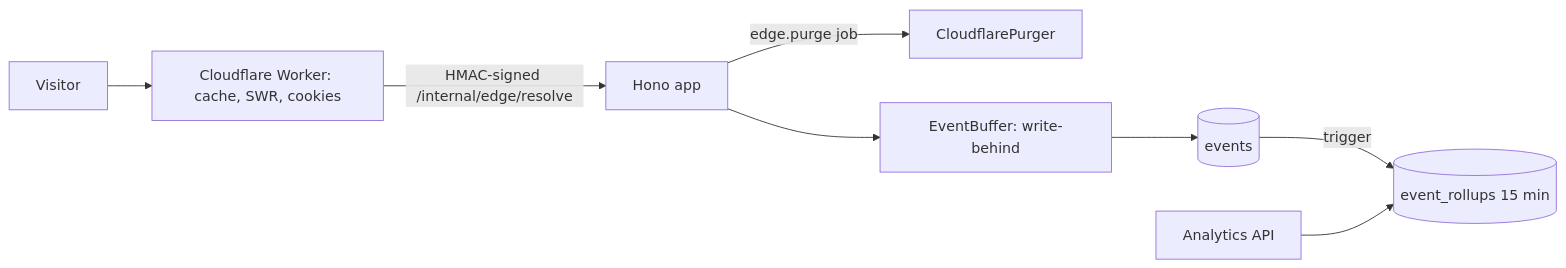
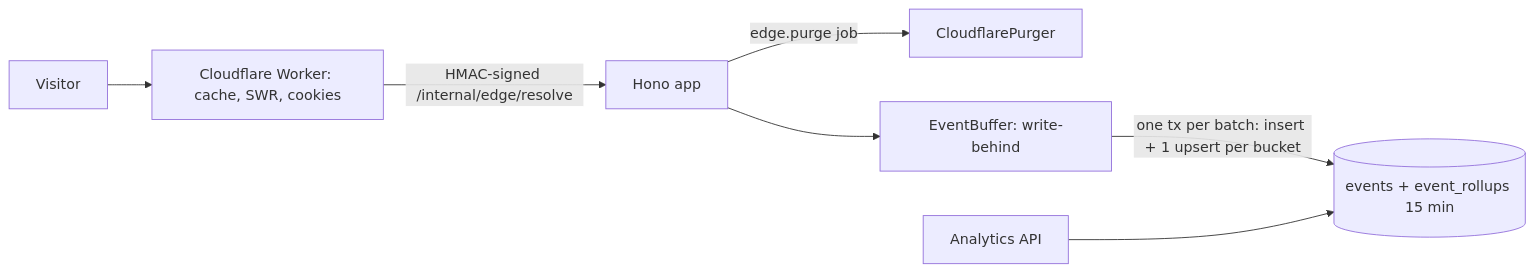
Before and after one commit to VaibhavBansal26/funnels: the tenth of 10 diagrams in docs/ARCHITECTURE.md, drawn with Mermaid. The commit also changed other lines of this file and 98 other files, not shown here.

````diff
--- a/docs/ARCHITECTURE.md
+++ b/docs/ARCHITECTURE.md
@@ -161,8 +188,8 @@
 ```mermaid
 flowchart LR
   V[Visitor] --> W[Cloudflare Worker: cache, SWR, cookies]
   W -->|HMAC-signed /internal/edge/resolve| O[Hono app]
   O -->|edge.purge job| P[CloudflarePurger]
-  O --> B[EventBuffer: write-behind] --> E[(events)] -->|trigger| R[(event_rollups 15 min)]
-  A[Analytics API] --> R
+  O --> B[EventBuffer: write-behind] -->|"one tx per batch: insert + 1 upsert per bucket"| E[(events + event_rollups 15 min)]
+  A[Analytics API] --> E
 ```
````
